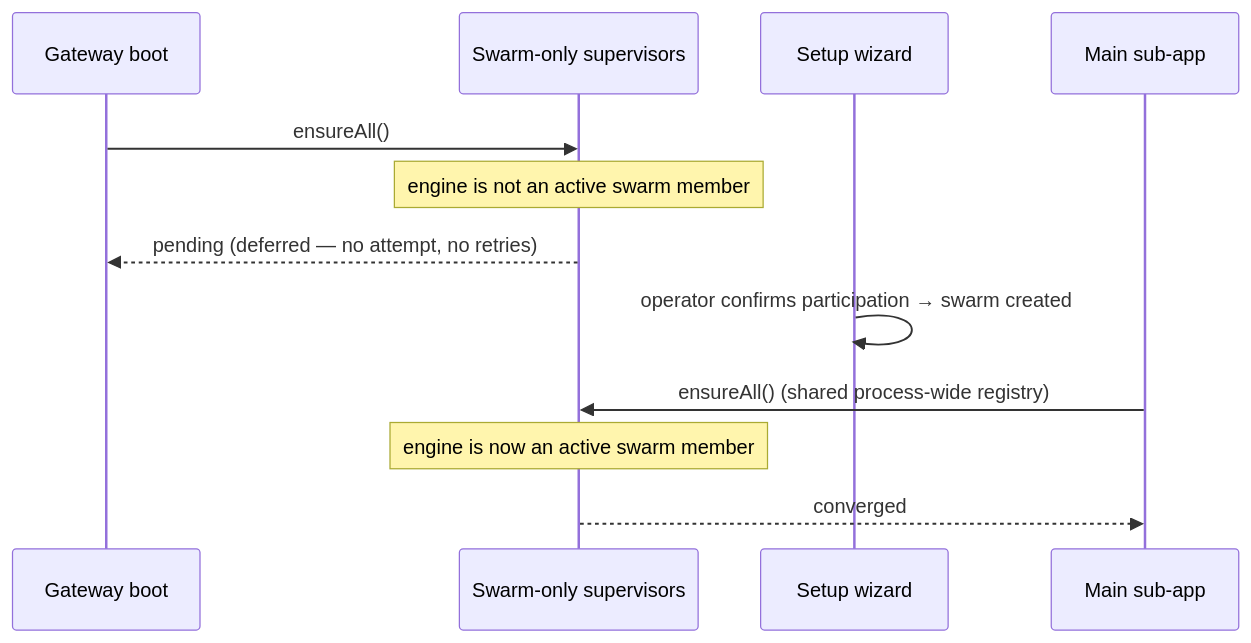
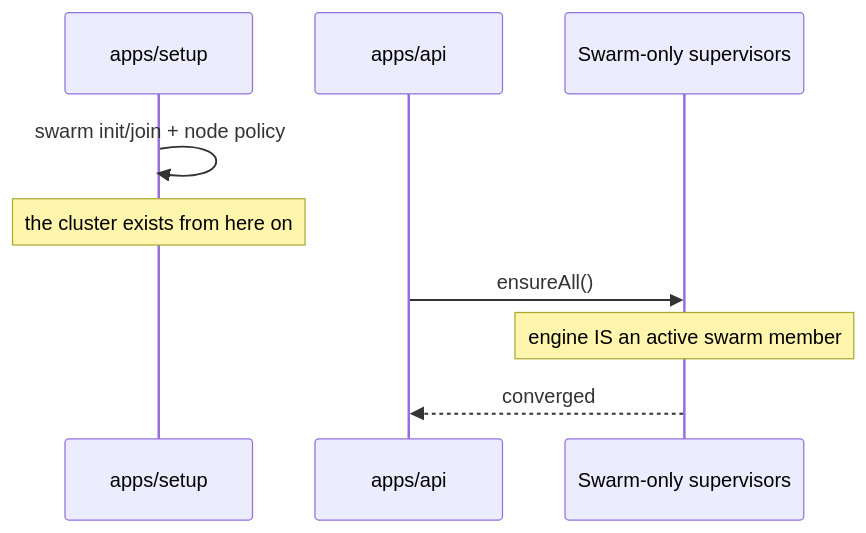
One commit to N0SAFE/deployer changed the third of 4 diagrams in apps/doc/content/docs/deployment/onboarding-and-lifecycle.mdx. Above: the diagram before and after it, drawn with Mermaid. The commit also changed other lines of this file and 13 other files, not shown here.

````diff
--- a/apps/doc/content/docs/deployment/onboarding-and-lifecycle.mdx
+++ b/apps/doc/content/docs/deployment/onboarding-and-lifecycle.mdx
@@ -157,14 +184,11 @@
 ```mermaid
 sequenceDiagram
-    participant Boot as Gateway boot
+    participant S as apps/setup
+    participant A as apps/api
     participant Sup as Swarm-only supervisors
-    participant Setup as Setup wizard
-    participant Main as Main sub-app
-    Boot->>Sup: ensureAll()
-    Note over Sup: engine is not an active swarm member
-    Sup-->>Boot: pending (deferred — no attempt, no retries)
-    Setup->>Setup: operator confirms participation → swarm created
-    Main->>Sup: ensureAll() (shared process-wide registry)
-    Note over Sup: engine is now an active swarm member
-    Sup-->>Main: converged
+    S->>S: swarm init/join + node policy
+    Note over S: the cluster exists from here on
+    A->>Sup: ensureAll()
+    Note over Sup: engine IS an active swarm member
+    Sup-->>A: converged
 ```
````
